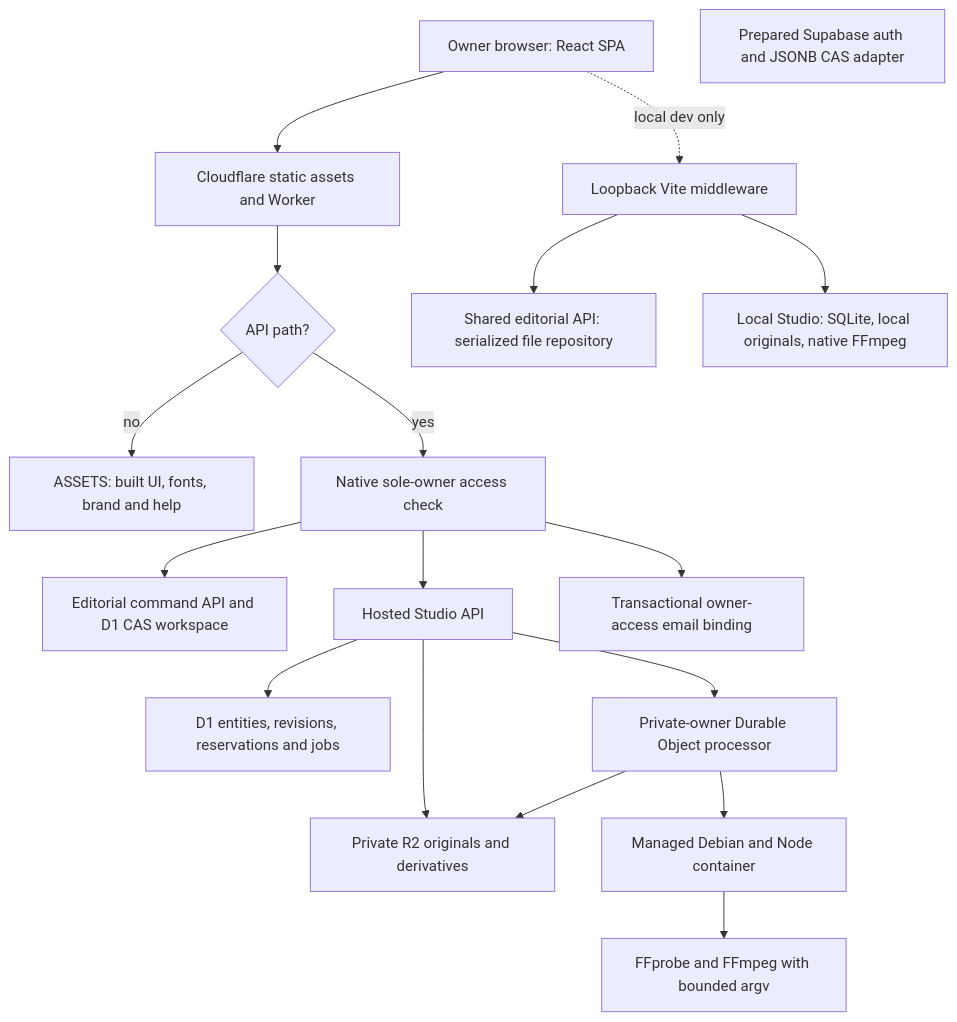
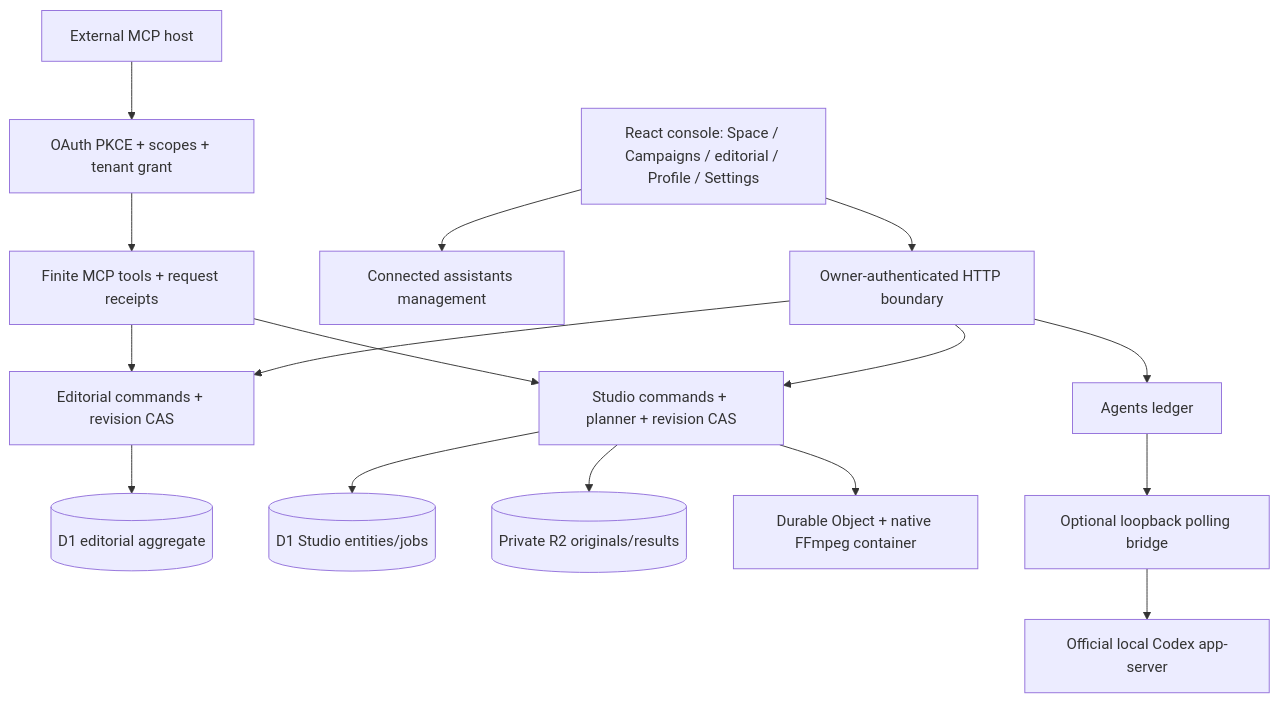
One commit to edlopezpm-ops/checkmarKERandgivefeedback changed the diagram in 01-architecture-and-stack.md. Above: the diagram before and after it, drawn with Mermaid. The commit also changed other lines of this file and 393 other files, not shown here.

Commit message:
Refresh full marKER source and current architecture review

````diff
--- a/01-architecture-and-stack.md
+++ b/01-architecture-and-stack.md
@@ -9,20 +5,18 @@
 ```mermaid
 flowchart TD
-    B[Owner browser: React SPA] --> E[Cloudflare static assets and Worker]
-    E --> P{API path?}
-    P -->|no| S[ASSETS: built UI, fonts, brand and help]
-    P -->|yes| A[Native sole-owner access check]
-    A --> D[Editorial command API and D1 CAS workspace]
-    A --> M[Hosted Studio API]
-    M --> DB[D1 entities, revisions, reservations and jobs]
-    M --> R[Private R2 originals and derivatives]
-    M --> O[Private-owner Durable Object processor]
-    O --> C[Managed Debian and Node container]
-    C --> F[FFprobe and FFmpeg with bounded argv]
-    O --> R
-    A --> EM[Transactional owner-access email binding]
-    L[Loopback Vite middleware] --> LD[Shared editorial API: serialized file repository]
-    L --> LS[Local Studio: SQLite, local originals, native FFmpeg]
-    B -. local dev only .-> L
-    ALT[Prepared Supabase auth and JSONB CAS adapter]
+ UI[React console: Space / Campaigns / editorial / Profile / Settings] --> API[Owner-authenticated HTTP boundary]
+ API --> E[Editorial commands + revision CAS]
+ API --> S[Studio commands + planner + revision CAS]
+ API --> A[Agents ledger]
+ UI --> MC[Connected assistants management]
+ HOST[External MCP host] --> O[OAuth PKCE + scopes + tenant grant]
+ O --> MCP[Finite MCP tools + request receipts]
+ MCP --> E
+ MCP --> S
+ E --> D[(D1 editorial aggregate)]
+ S --> SD[(D1 Studio entities/jobs)]
+ S --> R[(Private R2 originals/results)]
+ S --> P[Durable Object + native FFmpeg container]
+ A --> B[Optional loopback polling bridge]
+ B --> C[Official local Codex app-server]
 ```
````
